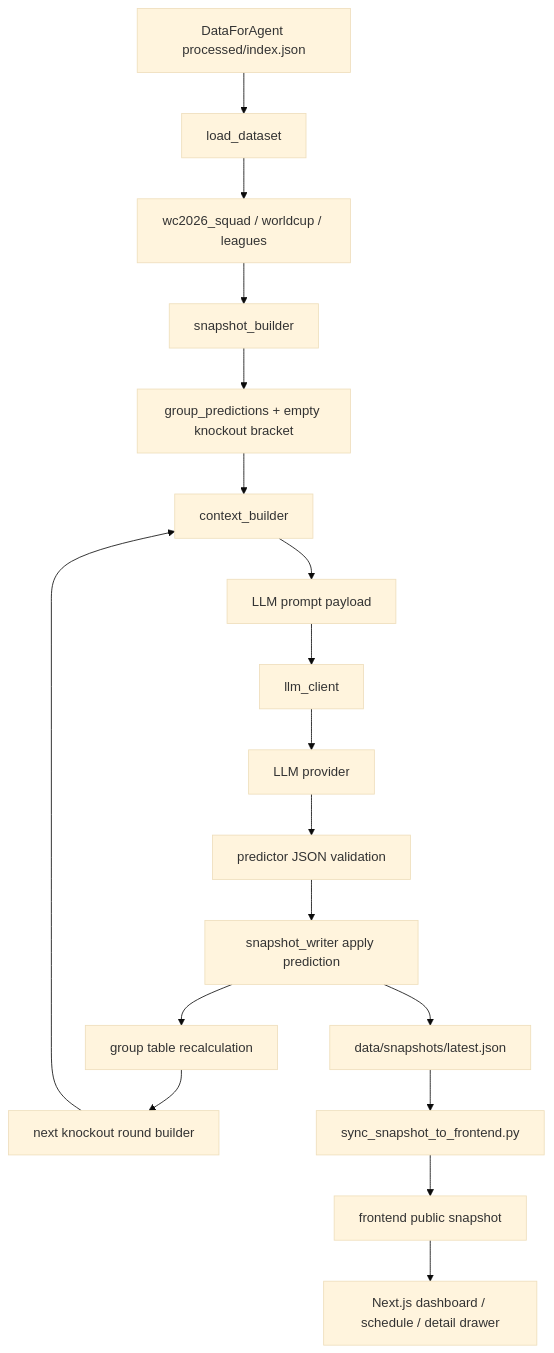
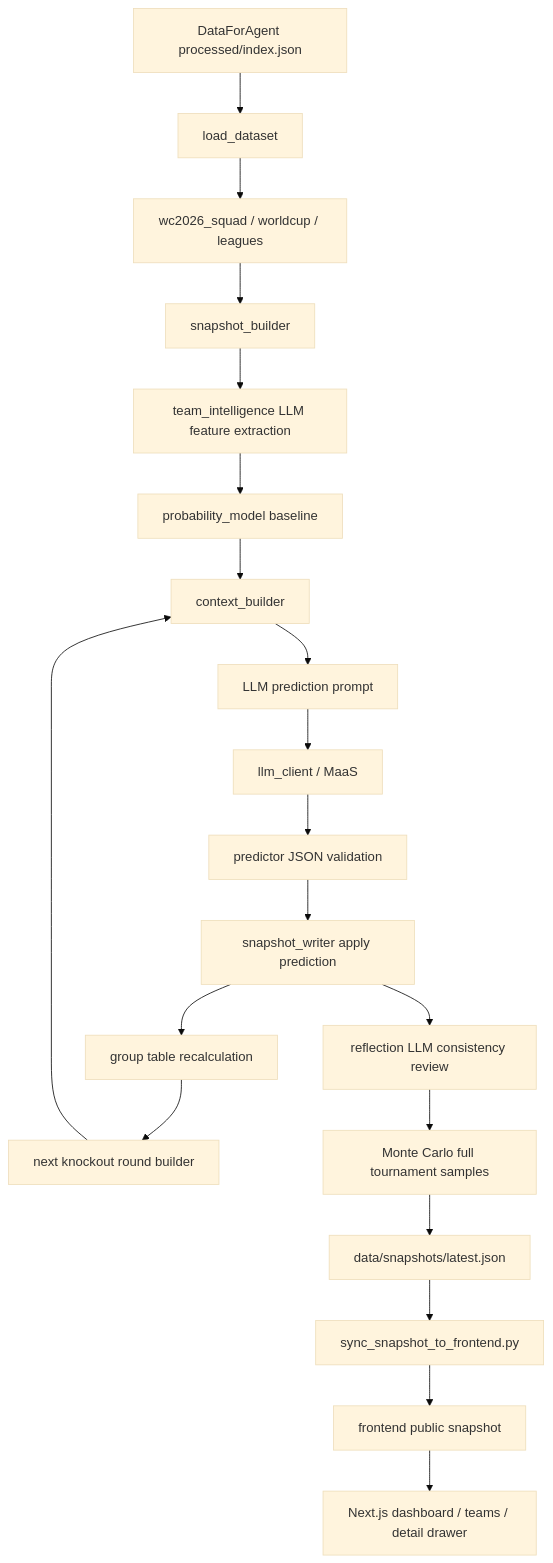
One commit to tgghzyh/WorldCupAgent changed the diagram in docs/AGENT_ARCHITECTURE_AND_TOOLCHAIN.md. Above: the diagram before and after it, drawn with Mermaid (base theme). The commit also changed other lines of this file and 57 other files, not shown here.

````diff
--- a/docs/AGENT_ARCHITECTURE_AND_TOOLCHAIN.md
+++ b/docs/AGENT_ARCHITECTURE_AND_TOOLCHAIN.md
@@ -23,20 +23,22 @@
 ```mermaid
 flowchart TD
   A["DataForAgent processed/index.json"] --> B["load_dataset"]
   B --> C["wc2026_squad / worldcup / leagues"]
   C --> D["snapshot_builder"]
-  D --> E["group_predictions + empty knockout bracket"]
-  E --> F["context_builder"]
-  F --> G["LLM prompt payload"]
-  G --> H["llm_client"]
-  H --> I["LLM provider"]
+  D --> E["team_intelligence LLM feature extraction"]
+  E --> F["probability_model baseline"]
+  F --> G["context_builder"]
+  G --> H["LLM prediction prompt"]
+  H --> I["llm_client / MaaS"]
   I --> J["predictor JSON validation"]
   J --> K["snapshot_writer apply prediction"]
   K --> L["group table recalculation"]
   L --> M["next knockout round builder"]
-  M --> F
-  K --> N["data/snapshots/latest.json"]
-  N --> O["sync_snapshot_to_frontend.py"]
-  O --> P["frontend public snapshot"]
-  P --> Q["Next.js dashboard / schedule / detail drawer"]
+  M --> G
+  K --> N["reflection LLM consistency review"]
+  N --> O["Monte Carlo full tournament samples"]
+  O --> P["data/snapshots/latest.json"]
+  P --> Q["sync_snapshot_to_frontend.py"]
+  Q --> R["frontend public snapshot"]
+  R --> S["Next.js dashboard / teams / detail drawer"]
 ```
````
